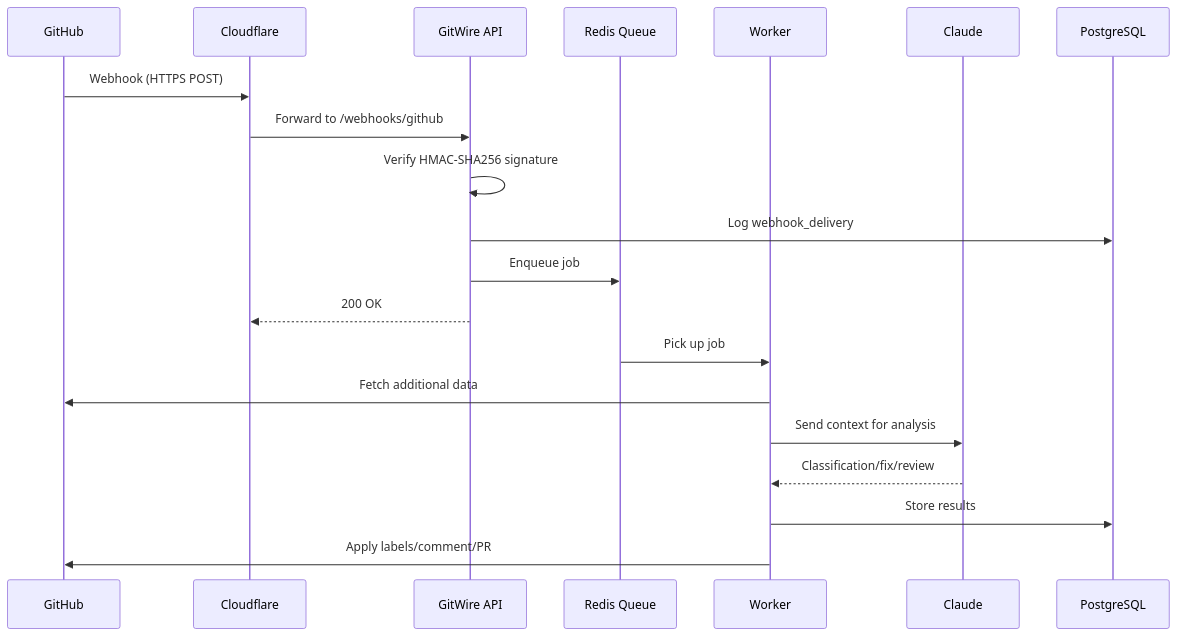
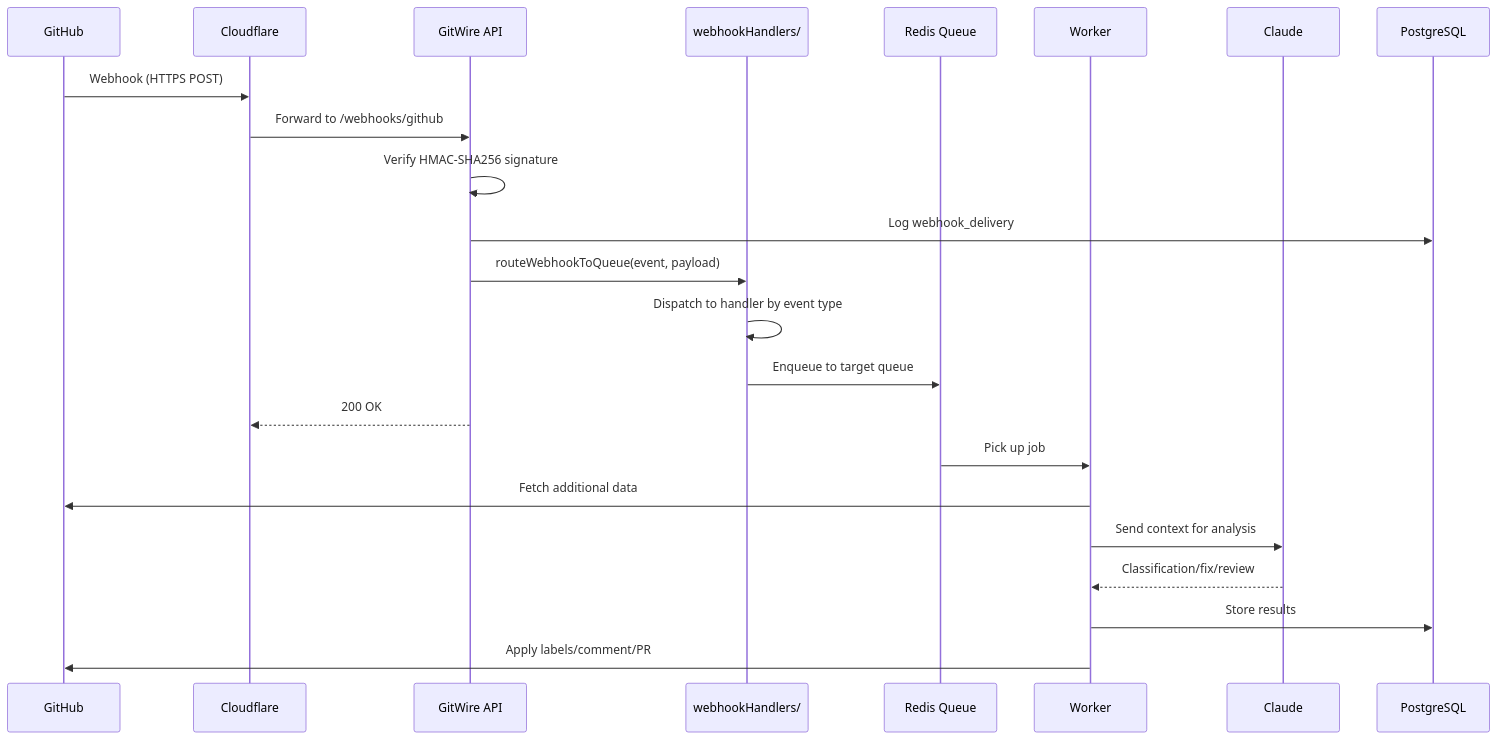
Before and after one commit to Octo-Lex/GitWire: the first of 5 diagrams in docs/architecture/data-flow.md, drawn with Mermaid. The commit also changed other lines of this file and 9 other files, not shown here.

````diff
--- a/docs/architecture/data-flow.md
+++ b/docs/architecture/data-flow.md
@@ -7,23 +7,26 @@
 ```mermaid
 sequenceDiagram
     participant GH as GitHub
     participant CF as Cloudflare
     participant APP as GitWire API
+    participant HAND as webhookHandlers/
     participant Q as Redis Queue
     participant W as Worker
     participant AI as Claude
     participant DB as PostgreSQL
 
     GH->>CF: Webhook (HTTPS POST)
     CF->>APP: Forward to /webhooks/github
     APP->>APP: Verify HMAC-SHA256 signature
     APP->>DB: Log webhook_delivery
-    APP->>Q: Enqueue job
+    APP->>HAND: routeWebhookToQueue(event, payload)
+    HAND->>HAND: Dispatch to handler by event type
+    HAND->>Q: Enqueue to target queue
     APP-->>CF: 200 OK
     Q->>W: Pick up job
     W->>GH: Fetch additional data
     W->>AI: Send context for analysis
     AI-->>W: Classification/fix/review
     W->>DB: Store results
     W->>GH: Apply labels/comment/PR
 ```
````
